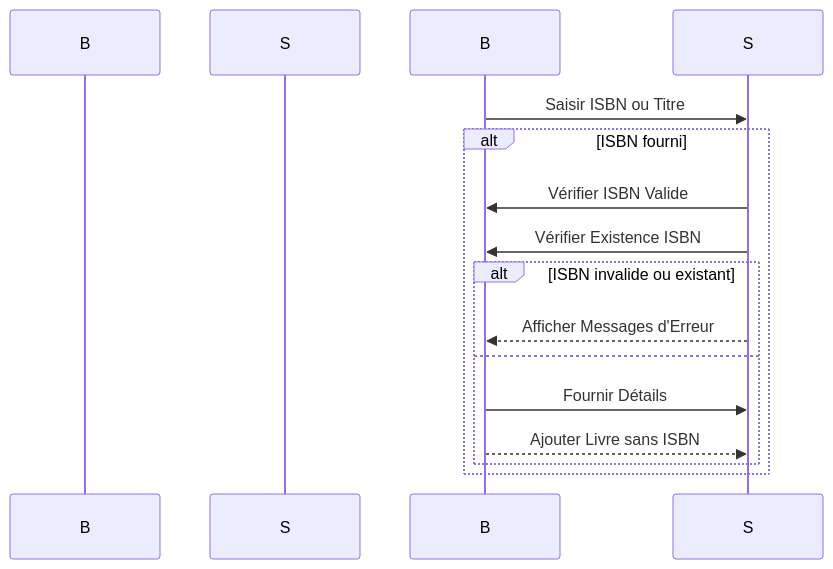
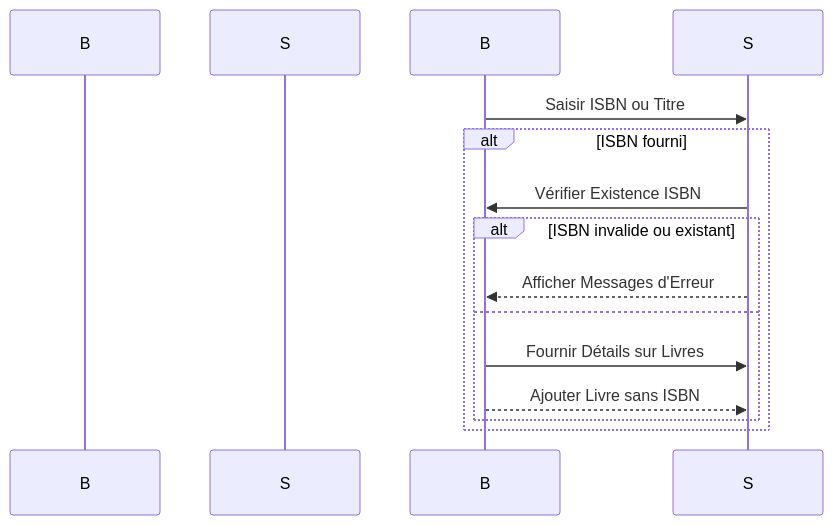
One commit to mirakaru/test7 changed the diagram in readme.md. Above: the diagram before and after it, drawn with Mermaid.

````diff
--- a/readme.md
+++ b/readme.md
@@ -39,29 +39,29 @@
 ```mermaid
 
 sequenceDiagram
     participant Bibliothécaire as B
     participant Système as S
 
     B->>S: Saisir ISBN ou Titre
     alt ISBN fourni
-        S->>B: Vérifier ISBN Valide
+
         S->>B: Vérifier Existence ISBN
         alt ISBN invalide ou existant
             S-->>B: Afficher Messages d'Erreur
         else
-            B->>S: Fournir Détails
+            B->>S: Fournir Détails sur Livres
             B-->>S: Ajouter Livre sans ISBN
         end
 
     end
 
 
 
 
 
 
 
 
 
 
 ```
````
